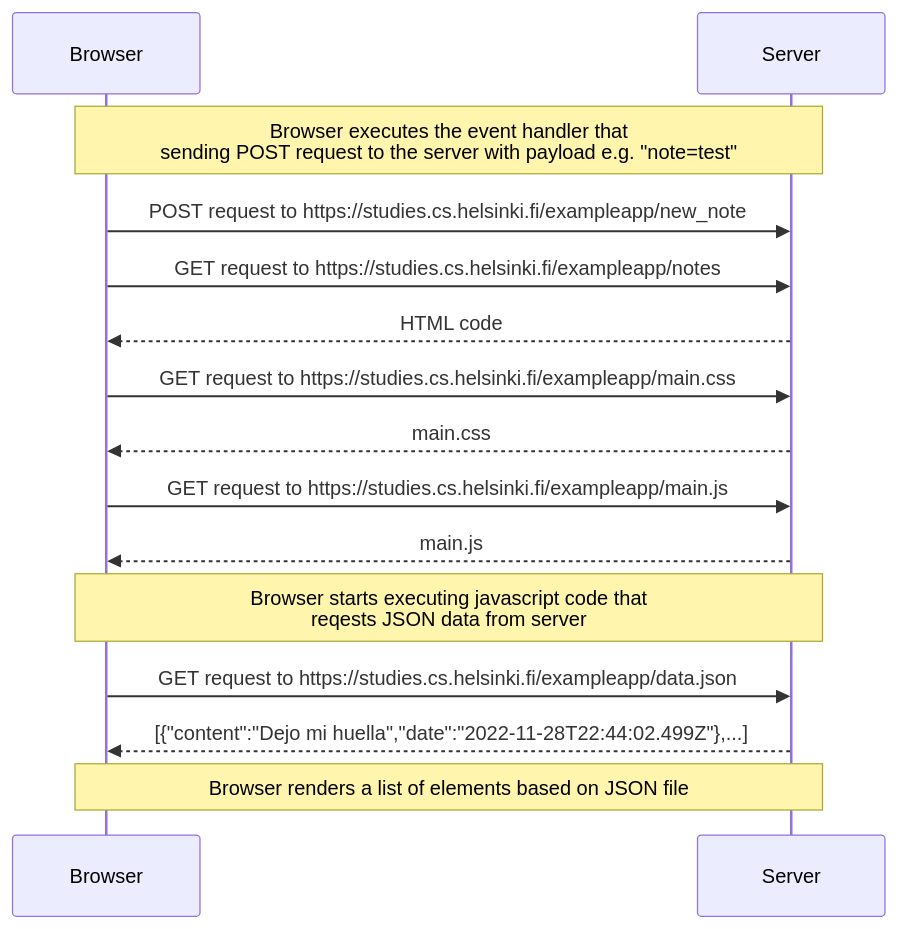
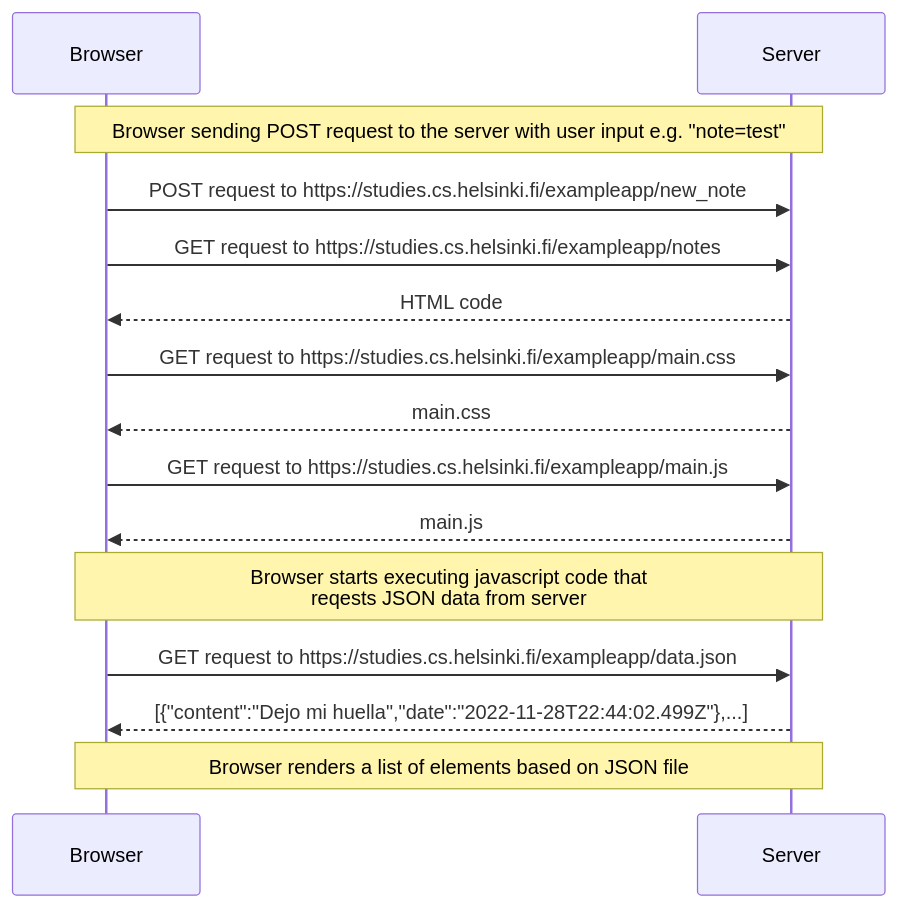
The diagram in part0/0.4-new-note.md (waldekglaz/full-stack-open), drawn with Mermaid before and after one commit.

````diff
--- a/part0/0.4-new-note.md
+++ b/part0/0.4-new-note.md
@@ -1,15 +1,15 @@
 ```mermaid
     sequenceDiagram
-    Note over Browser, Server: Browser executes the event handler that<br> sending POST request to the server with payload e.g. "note=test"
+    Note over Browser, Server: Browser sending POST request to the server with user input e.g. "note=test"
     Browser->>Server: POST request to https://studies.cs.helsinki.fi/exampleapp/new_note
     Browser->>Server: GET request to https://studies.cs.helsinki.fi/exampleapp/notes
     Server-->>Browser: HTML code
     Browser->>Server: GET request to https://studies.cs.helsinki.fi/exampleapp/main.css
     Server-->>Browser: main.css
     Browser->>Server: GET request to https://studies.cs.helsinki.fi/exampleapp/main.js
     Server-->>Browser: main.js
     Note over Browser, Server: Browser starts executing javascript code that<br> reqests JSON data from server
     Browser->>Server: GET request to https://studies.cs.helsinki.fi/exampleapp/data.json
     Server-->>Browser: [{"content":"Dejo mi huella","date":"2022-11-28T22:44:02.499Z"},...]
     Note over Browser, Server: Browser renders a list of elements based on JSON file
 ```
````
